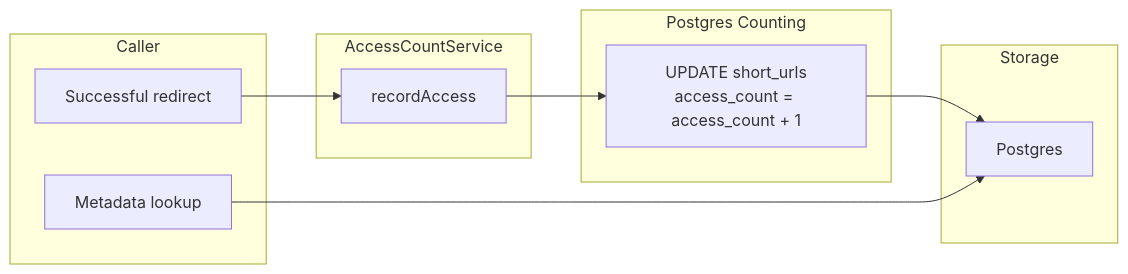
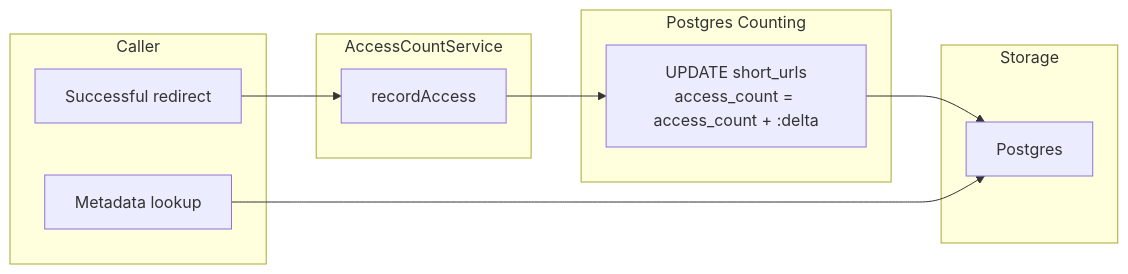
One commit to itsmesubham/zipurl changed the fourth of 5 diagrams in README.md. Above: the diagram before and after it, drawn with Mermaid. The commit also changed other lines of this file and 18 other files, not shown here.

````diff
--- a/README.md
+++ b/README.md
@@ -161,22 +163,22 @@
 ```mermaid
 flowchart LR
     subgraph caller [Caller]
         redirectFlow["Successful redirect"]
         metadataFlow["Metadata lookup"]
     end
 
     subgraph abstraction [AccessCountService]
         interface["recordAccess"]
     end
 
     subgraph dbMode [Postgres Counting]
-        dbIncrement["UPDATE short_urls\naccess_count = access_count + 1"]
+        dbIncrement["UPDATE short_urls\naccess_count = access_count + :delta"]
     end
 
     subgraph storage [Storage]
         postgres["Postgres"]
     end
 
     redirectFlow --> interface --> dbIncrement --> postgres
     metadataFlow --> postgres
 ```
````
